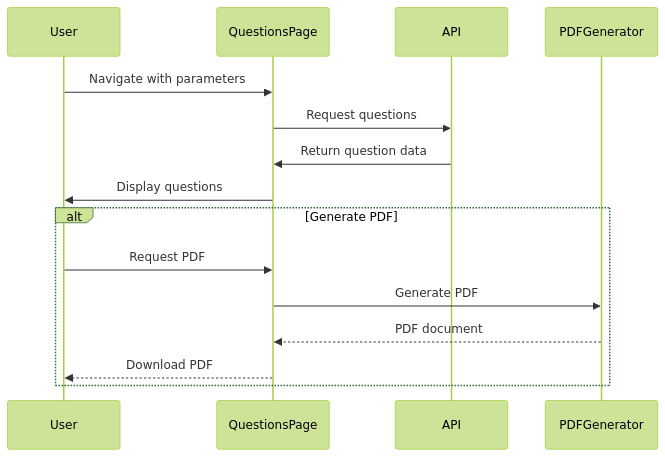
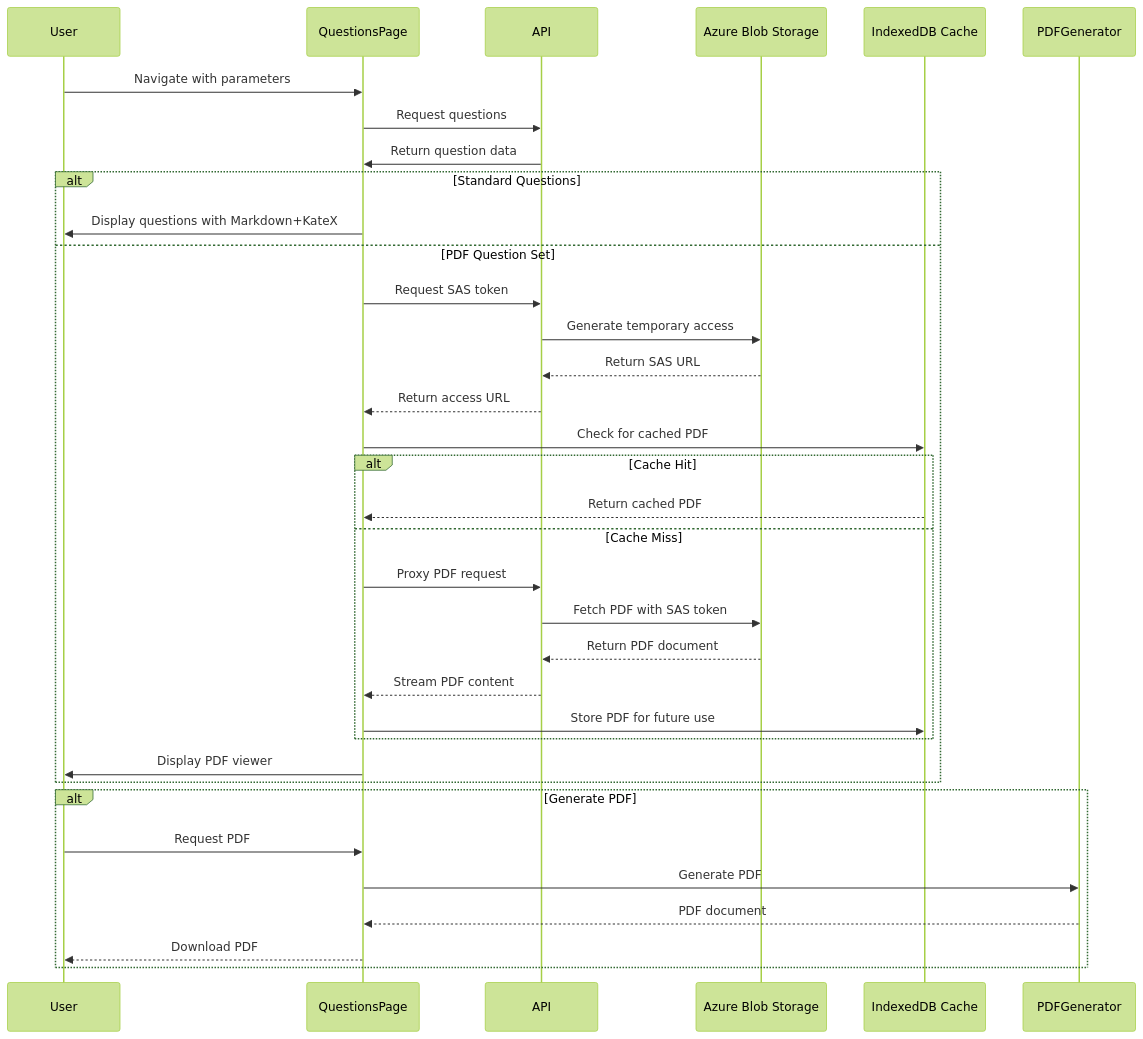
The fourth of 5 diagrams in docs/architecture-overview.md (VladC12/aiva-learning-platform), drawn with Mermaid (forest theme) before and after one commit. The commit also changed other lines of this file, not shown here.

Commit message:
feat: enhance architecture overview with detailed file storage and frontend organization

````diff
--- a/docs/architecture-overview.md
+++ b/docs/architecture-overview.md
@@ -152,19 +151,41 @@
 ```mermaid
 sequenceDiagram
     participant User
     participant QuestionsPage
     participant API
-    participant PDFGenerator
+    participant Storage as Azure Blob Storage
+    participant Cache as IndexedDB Cache
     
     User->>QuestionsPage: Navigate with parameters
     QuestionsPage->>API: Request questions
     API->>QuestionsPage: Return question data
-    QuestionsPage->>User: Display questions
+    
+    alt Standard Questions
+        QuestionsPage->>User: Display questions with Markdown+KateX
+    else PDF Question Set
+        QuestionsPage->>API: Request SAS token
+        API->>Storage: Generate temporary access
+        Storage-->>API: Return SAS URL
+        API-->>QuestionsPage: Return access URL
+        
+        QuestionsPage->>Cache: Check for cached PDF
+        alt Cache Hit
+            Cache-->>QuestionsPage: Return cached PDF
+        else Cache Miss
+            QuestionsPage->>API: Proxy PDF request
+            API->>Storage: Fetch PDF with SAS token
+            Storage-->>API: Return PDF document
+            API-->>QuestionsPage: Stream PDF content
+            QuestionsPage->>Cache: Store PDF for future use
+        end
+        
+        QuestionsPage->>User: Display PDF viewer
+    end
     
     alt Generate PDF
         User->>QuestionsPage: Request PDF
         QuestionsPage->>PDFGenerator: Generate PDF
         PDFGenerator-->>QuestionsPage: PDF document
         QuestionsPage-->>User: Download PDF
     end
 ```
````
